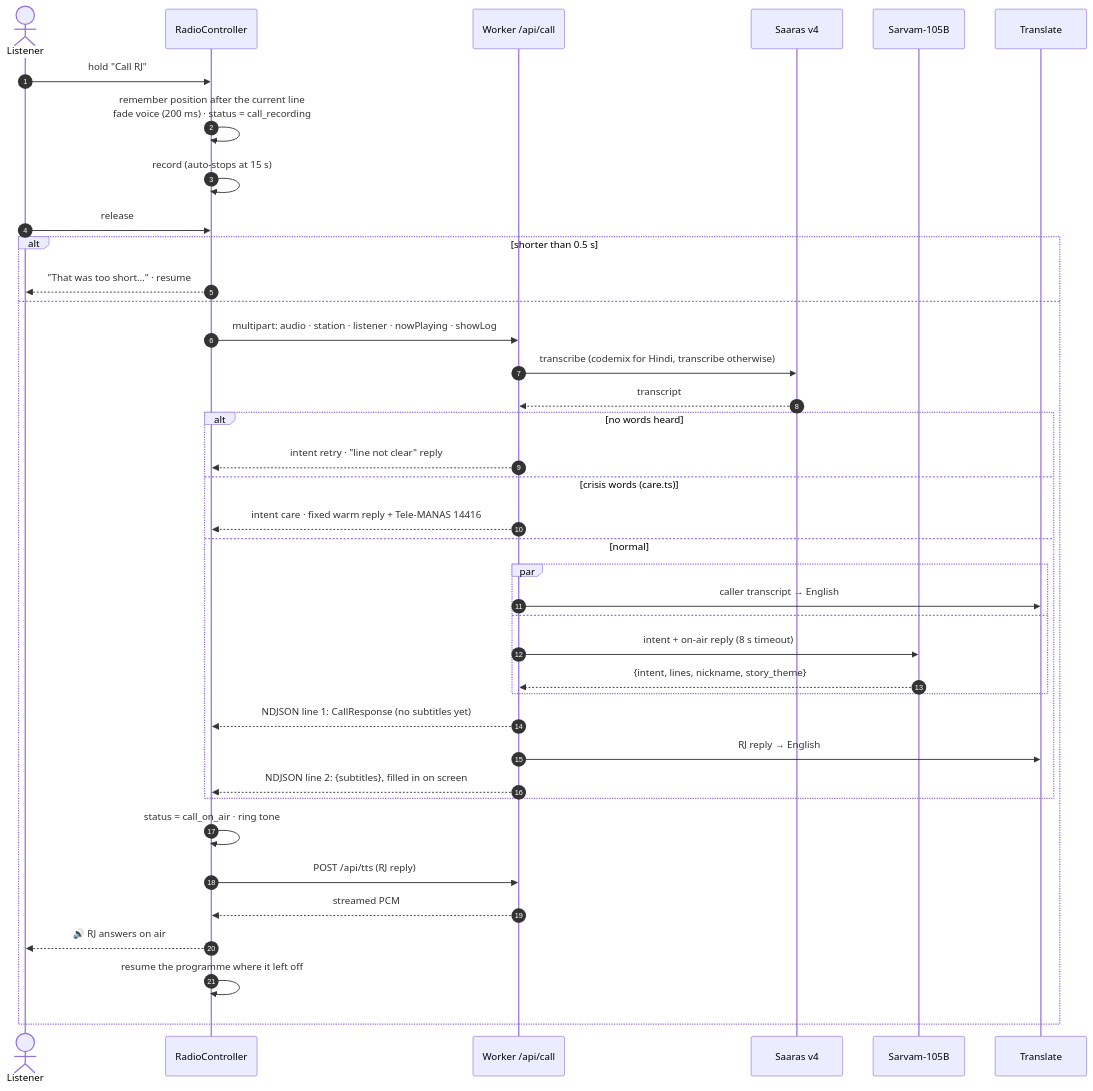
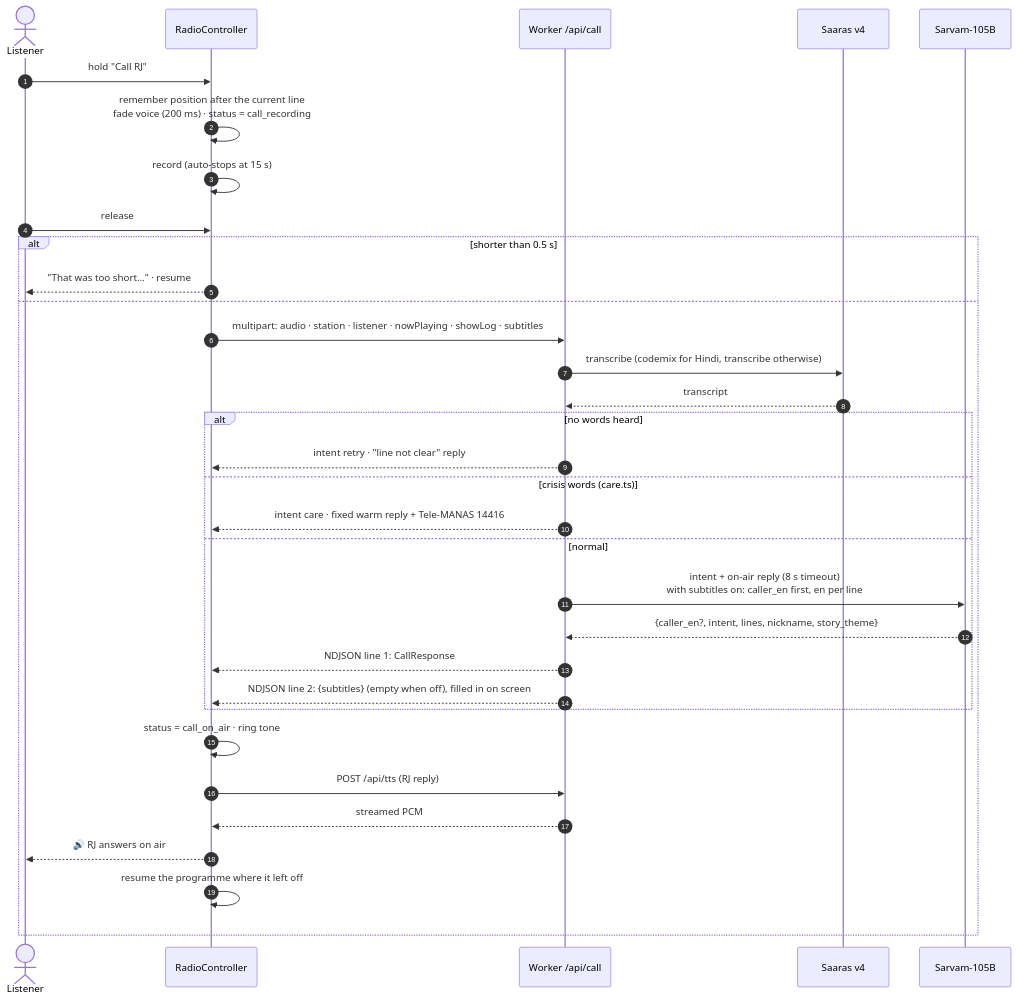
Before and after one commit to harshbhx/tarang-fm: diagram 12 of 19 in docs/ARCHITECTURE.md, drawn with Mermaid. The commit also changed other lines of this file and 5 other files, not shown here.

````diff
--- a/docs/ARCHITECTURE.md
+++ b/docs/ARCHITECTURE.md
@@ -355,42 +364,36 @@
 ```mermaid
 sequenceDiagram
   autonumber
   actor U as Listener
   participant C as RadioController
   participant W as Worker /api/call
   participant STT as Saaras v4
   participant LLM as Sarvam-105B
-  participant TR as Translate
 
   U->>C: hold "Call RJ"
   C->>C: remember position after the current line<br/>fade voice (200 ms) · status = call_recording
   C->>C: record (auto-stops at 15 s)
   U->>C: release
   alt shorter than 0.5 s
     C-->>U: "That was too short…" · resume
   else
-    C->>W: multipart: audio · station · listener · nowPlaying · showLog
+    C->>W: multipart: audio · station · listener · nowPlaying · showLog · subtitles
     W->>STT: transcribe (codemix for Hindi, transcribe otherwise)
     STT-->>W: transcript
     alt no words heard
       W-->>C: intent retry · "line not clear" reply
     else crisis words (care.ts)
       W-->>C: intent care · fixed warm reply + Tele-MANAS 14416
     else normal
-      par
-        W->>TR: caller transcript → English
-      and
-        W->>LLM: intent + on-air reply (8 s timeout)
-        LLM-->>W: {intent, lines, nickname, story_theme}
-      end
-      W-->>C: NDJSON line 1: CallResponse (no subtitles yet)
-      W->>TR: RJ reply → English
-      W-->>C: NDJSON line 2: {subtitles}, filled in on screen
+      W->>LLM: intent + on-air reply (8 s timeout)<br/>with subtitles on: caller_en first, en per line
+      LLM-->>W: {caller_en?, intent, lines, nickname, story_theme}
+      W-->>C: NDJSON line 1: CallResponse
+      W-->>C: NDJSON line 2: {subtitles} (empty when off), filled in on screen
     end
     C->>C: status = call_on_air · ring tone
     C->>W: POST /api/tts (RJ reply)
     W-->>C: streamed PCM
     C-->>U: 🔊 RJ answers on air
     C->>C: resume the programme where it left off
   end
 ```
````
